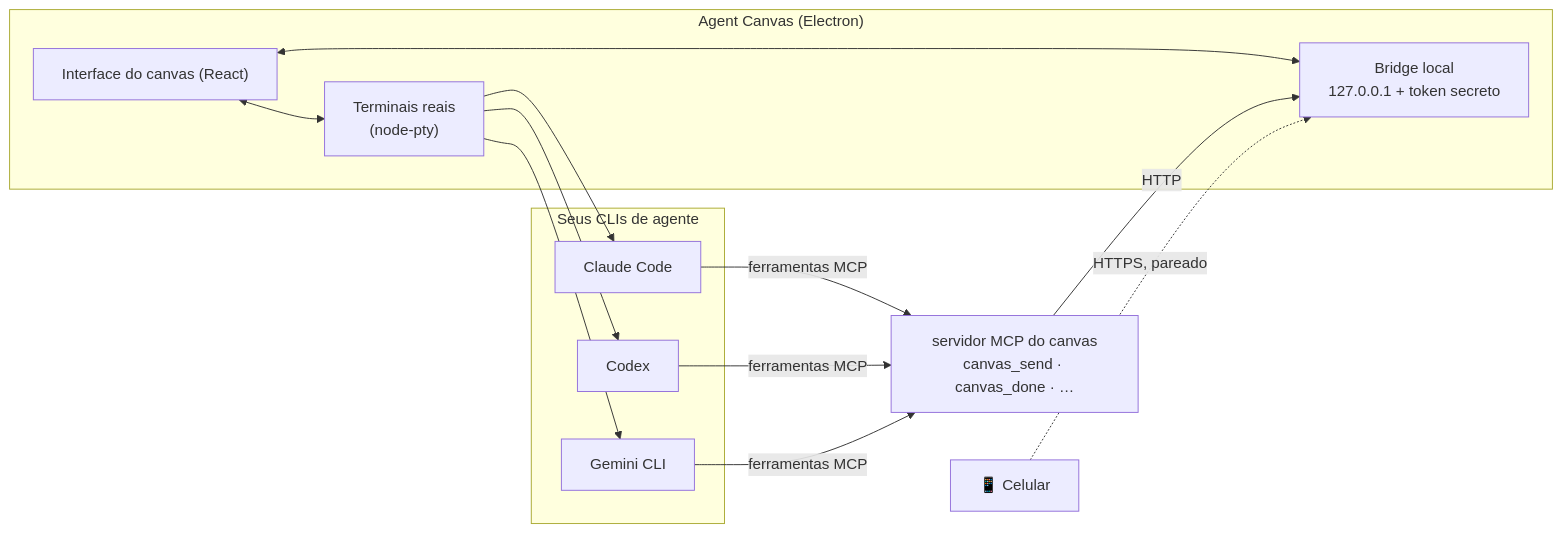
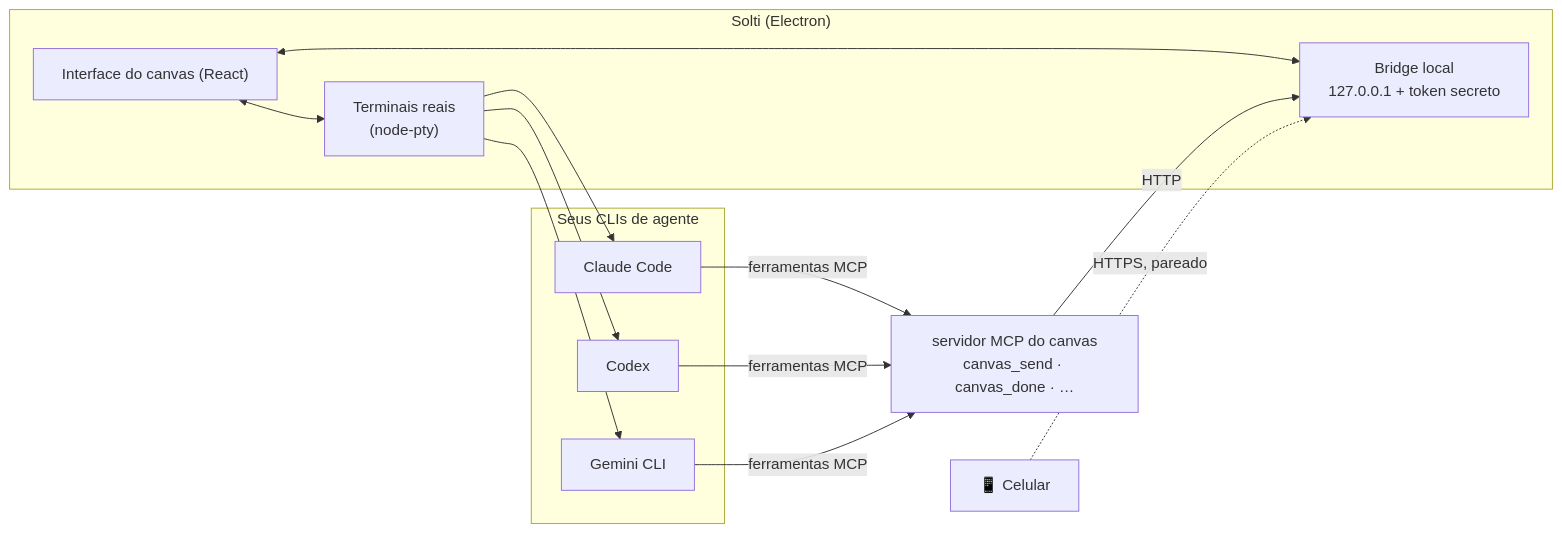
Before and after one commit to jvyctor/solti: the diagram in README.pt-BR.md, drawn with Mermaid. The commit also changed other lines of this file and 32 other files, not shown here.

First line of the commit message:
Agent Canvas agora se chama Solti (v0.8.1)

````diff
--- a/README.pt-BR.md
+++ b/README.pt-BR.md
@@ -126,20 +130,20 @@
 ```mermaid
 flowchart LR
-  subgraph App["Agent Canvas (Electron)"]
+  subgraph App["Solti (Electron)"]
     UI["Interface do canvas (React)"]
     Bridge["Bridge local<br/>127.0.0.1 + token secreto"]
     PTY["Terminais reais<br/>(node-pty)"]
   end
   subgraph Agents["Seus CLIs de agente"]
     A1["Claude Code"]
     A2["Codex"]
     A3["Gemini CLI"]
   end
   MCP["servidor MCP do canvas<br/>canvas_send · canvas_done · …"]
   UI <--> Bridge
   UI <--> PTY
   PTY --> A1 & A2 & A3
   A1 & A2 & A3 -- "ferramentas MCP" --> MCP
   MCP -- "HTTP" --> Bridge
   Phone["📱 Celular"] -. "HTTPS, pareado" .-> Bridge
 ```
````
